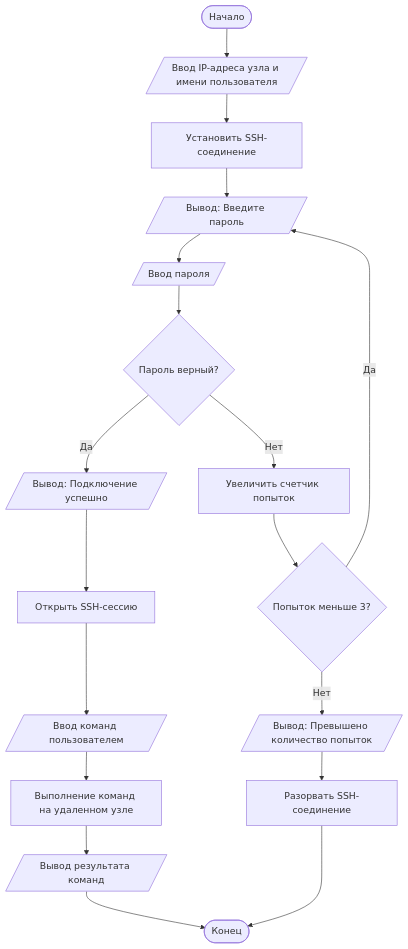
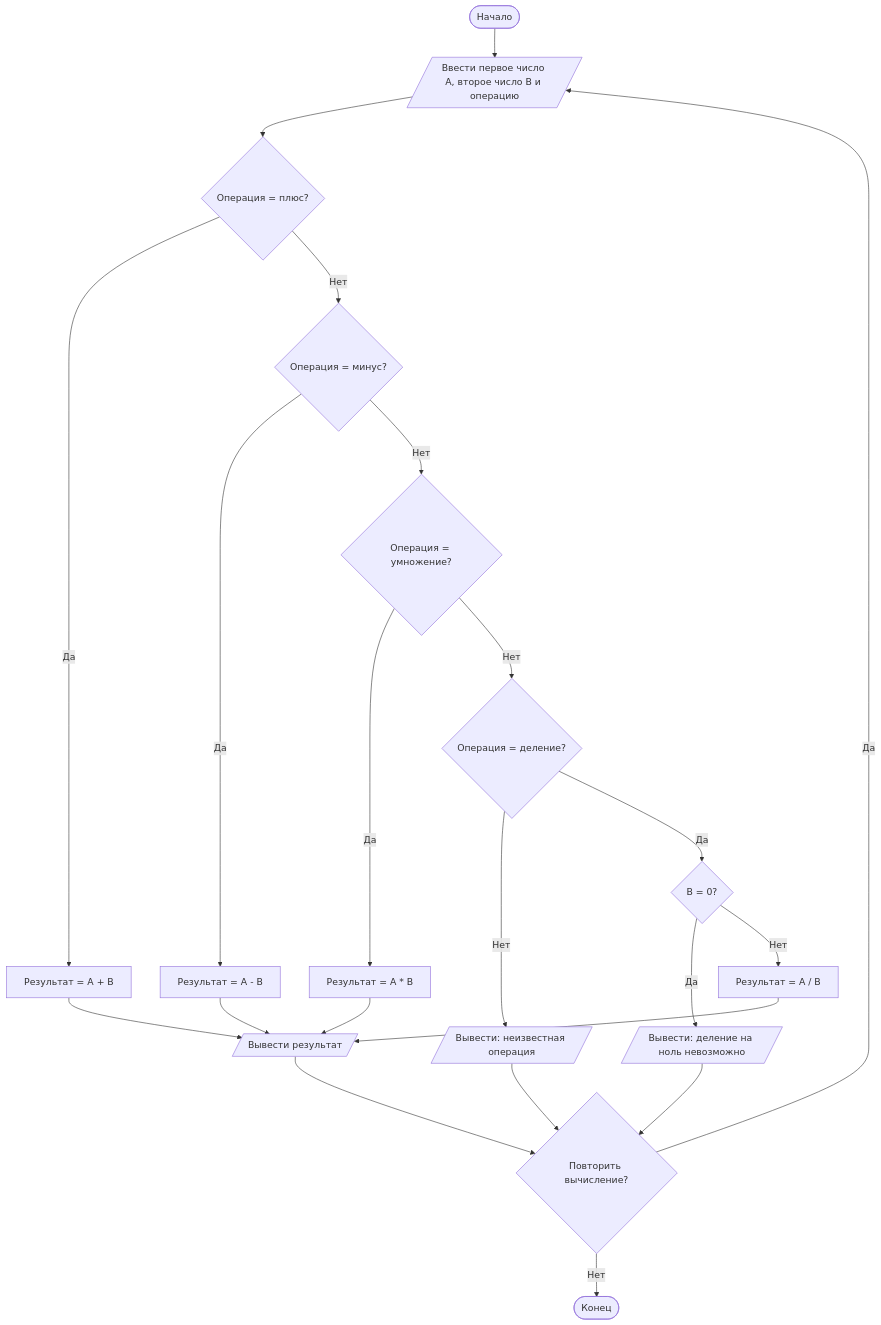
The third of 4 diagrams in Отчеты/deadline 1/Отчёт 3 Ибатуллин Денис 324СА.md (aver1x/OAIP), drawn with Mermaid before and after one commit. The commit also changed other lines of this file and 1 other file, not shown here.

````diff
--- a/Отчеты/deadline 1/Отчёт 3 Ибатуллин Денис 324СА.md
+++ b/Отчеты/deadline 1/Отчёт 3 Ибатуллин Денис 324СА.md
@@ -68,37 +93,24 @@
-~~~mermaid
+```mermaid
 flowchart TD
-
-    A([Начало]) --> B[/Ввод IP-адреса узла и имени пользователя/]
-
-    B --> C[Установить SSH-соединение]
-
-    C --> D[/Вывод: Введите пароль/]
-
-    D --> E[/Ввод пароля/]
-
-    E --> F{Пароль верный?}
-
-    F -- Да --> G[/Вывод: Подключение успешно/]
-
-    G --> H[Открыть SSH-сессию]
-
-    H --> I[/Ввод команд пользователем/]
-
-    I --> J[Выполнение команд на удаленном узле]
-
-    J --> K[/Вывод результата команд/]
-
-    K --> L([Конец])
-
-    F -- Нет --> M[Увеличить счетчик попыток]
-
-    M --> N{Попыток меньше 3?}
-
-    N -- Да --> D
-
-    N -- Нет --> O[/Вывод: Превышено количество попыток/]
-
-    O --> P[Разорвать SSH-соединение]
-
-    P --> L
-~~~
+    A([Начало]) --> B[/Ввести первое число A, второе число B и операцию/]
+    B --> C{Операция = плюс?}
+    C -- Да --> D[Результат = A + B]
+    C -- Нет --> E{Операция = минус?}
+    E -- Да --> F[Результат = A - B]
+    E -- Нет --> G{Операция = умножение?}
+    G -- Да --> H[Результат = A * B]
+    G -- Нет --> I{Операция = деление?}
+    I -- Нет --> J[/Вывести: неизвестная операция/]
+    J --> P{Повторить вычисление?}
+    I -- Да --> K{B = 0?}
+    K -- Да --> L[/Вывести: деление на ноль невозможно/]
+    L --> P
+    K -- Нет --> M[Результат = A / B]
+    D --> N[/Вывести результат/]
+    F --> N
+    H --> N
+    M --> N
+    N --> P
+    P -- Да --> B
+    P -- Нет --> O([Конец])
+```
````
